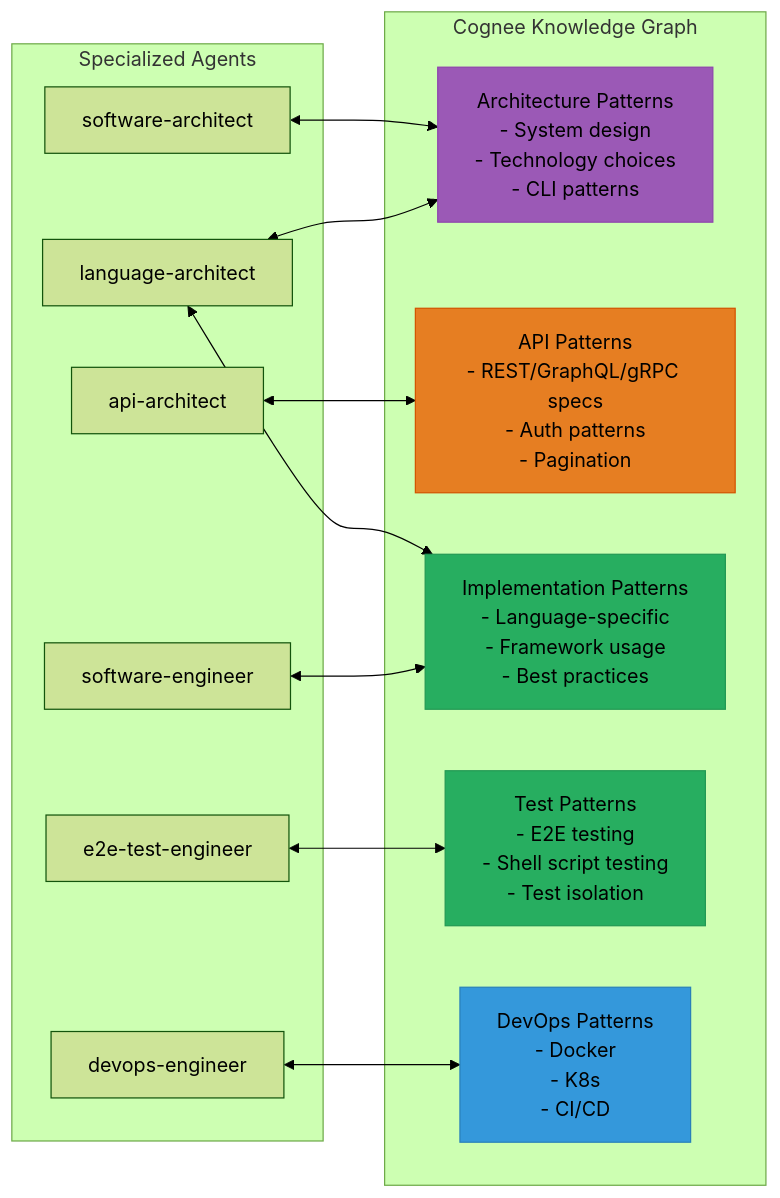
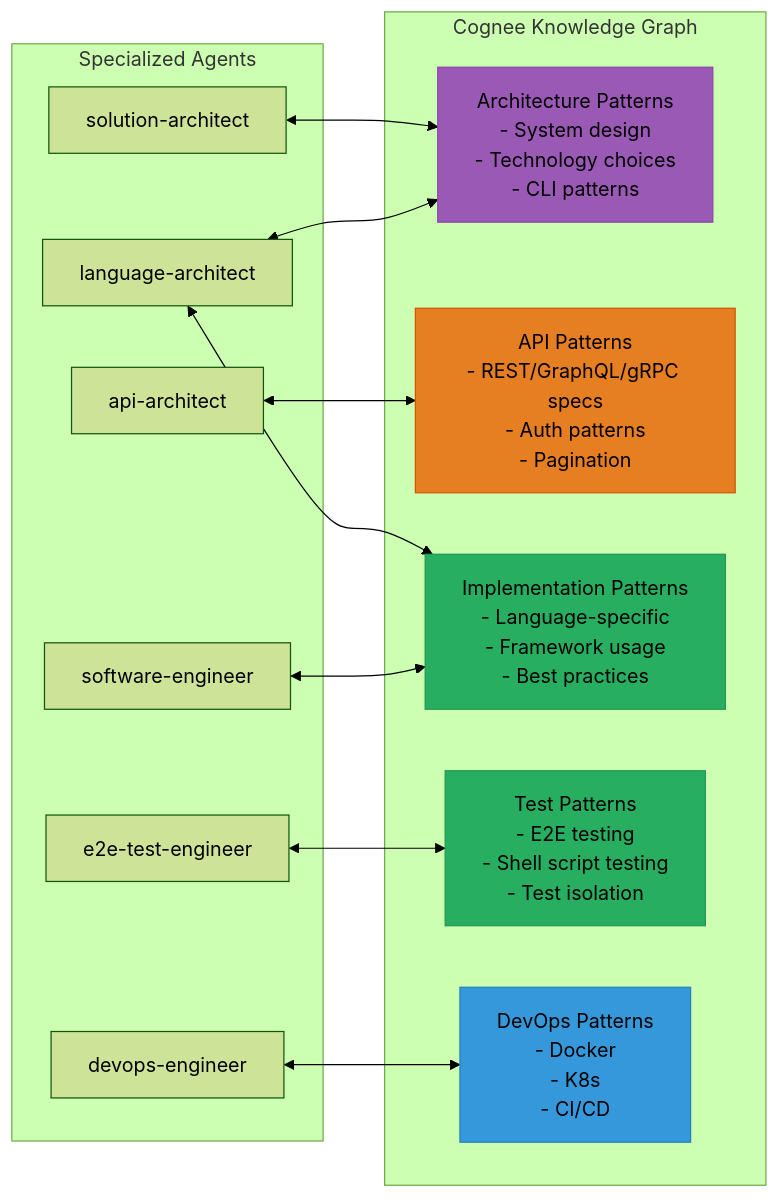
The eighth of 10 diagrams in agents/ABOUT-THE-AGENTS.md (twistingmercury/claude-code-setup), drawn with Mermaid (forest theme) before and after one commit. The commit also changed other lines of this file and 20 other files, not shown here.

````diff
--- a/agents/ABOUT-THE-AGENTS.md
+++ b/agents/ABOUT-THE-AGENTS.md
@@ -561,34 +311,34 @@
 ```mermaid
 graph LR
 subgraph "Specialized Agents"
-SoftArch[software-architect]
+SoftArch[solution-architect]
 LangArch[language-architect]
 APIArch[api-architect]
 SoftEng[software-engineer]
 E2EEng[e2e-test-engineer]
 DevOpsEng[devops-engineer]
 end
 
     subgraph "Cognee Knowledge Graph"
         Arch_Patterns[Architecture Patterns<br/>- System design<br/>- Technology choices<br/>- CLI patterns]
         API_Patterns[API Patterns<br/>- REST/GraphQL/gRPC specs<br/>- Auth patterns<br/>- Pagination]
         Impl_Patterns[Implementation Patterns<br/>- Language-specific<br/>- Framework usage<br/>- Best practices]
         Test_Patterns[Test Patterns<br/>- E2E testing<br/>- Shell script testing<br/>- Test isolation]
         DevOps_Patterns[DevOps Patterns<br/>- Docker<br/>- K8s<br/>- CI/CD]
     end
 
     SoftArch <--> Arch_Patterns
     LangArch <--> Arch_Patterns
     LangArch <--> Impl_Patterns
     APIArch <--> API_Patterns
     SoftEng <--> Impl_Patterns
     E2EEng <--> Test_Patterns
     DevOpsEng <--> DevOps_Patterns
 
     style Arch_Patterns fill:#9b59b6,stroke:#8e44ad
     style API_Patterns fill:#e67e22,stroke:#d35400
     style Impl_Patterns fill:#27ae60,stroke:#229954
     style Test_Patterns fill:#27ae60,stroke:#229954
     style DevOps_Patterns fill:#3498db,stroke:#2980b9
 
 ```
````
